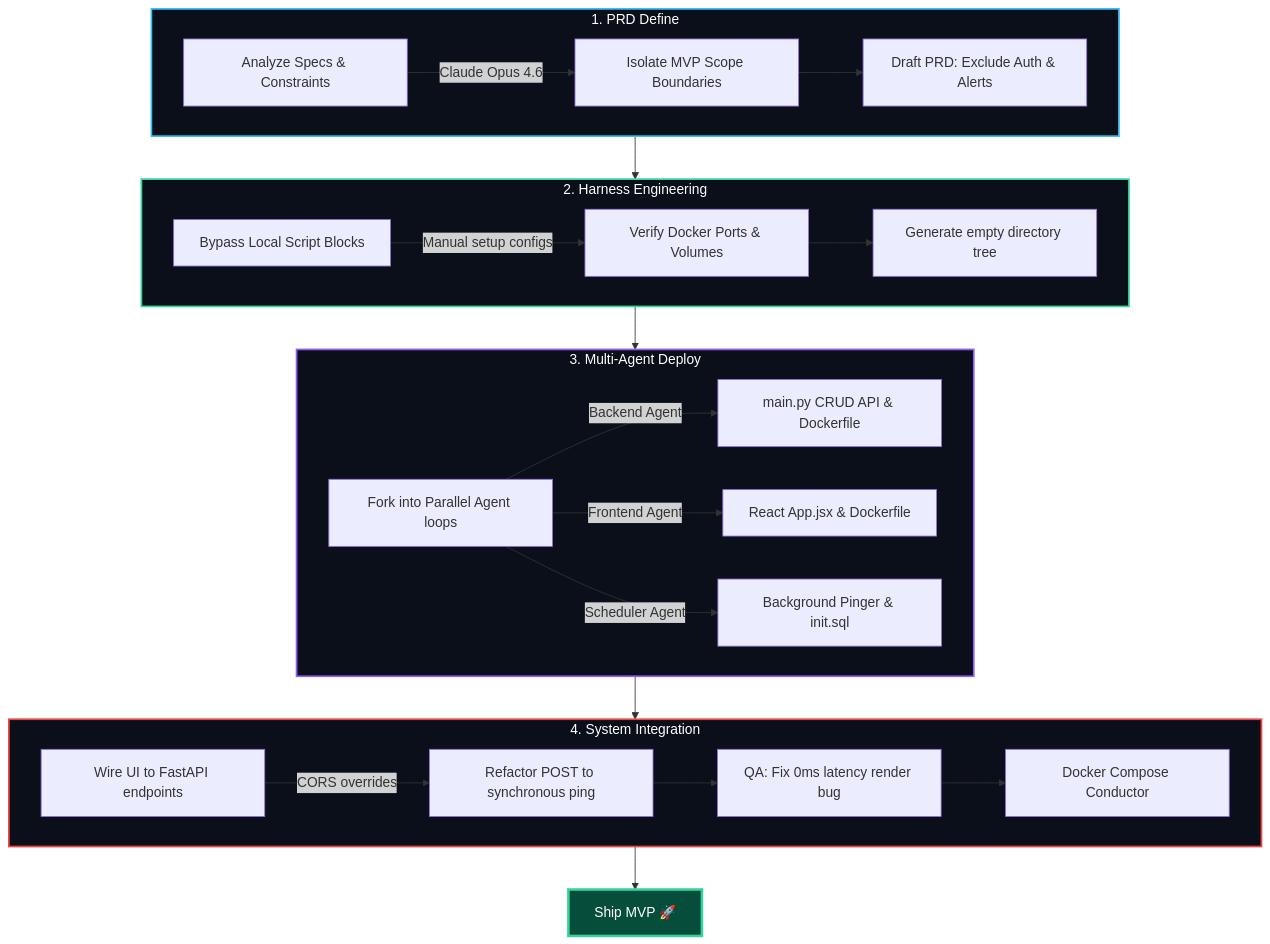
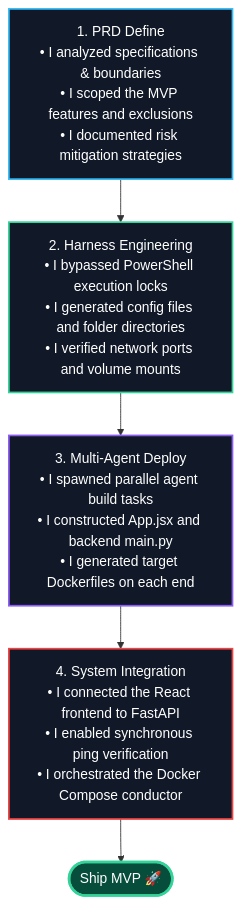
The third of 4 diagrams in README.md (Nishchalpr4/UpTime-Moniter), drawn with Mermaid before and after one commit. The commit also changed other lines of this file, not shown here.

Commit message:
docs: refactor Agentic Lifecycle flowchart into a simplified vertical block diagram

````diff
--- a/README.md
+++ b/README.md
@@ -108,32 +107,18 @@
 ```mermaid
 graph TD
-    subgraph Phase1 [1. PRD Define]
-        A[Analyze Specs & Constraints] -->|Claude Opus 4.6| B[Isolate MVP Scope Boundaries]
-        B --> C[Draft PRD: Exclude Auth & Alerts]
-    end
+    PRD[1. PRD Define<br>• I analyzed specifications & boundaries<br>• I scoped the MVP features and exclusions<br>• I documented risk mitigation strategies]
+    -->
+    Harness[2. Harness Engineering<br>• I bypassed PowerShell execution locks<br>• I generated config files and folder directories<br>• I verified network ports and volume mounts]
+    -->
+    Deploy[3. Multi-Agent Deploy<br>• I spawned parallel agent build tasks<br>• I constructed App.jsx and backend main.py<br>• I generated target Dockerfiles on each end]
+    -->
+    Integrate[4. System Integration<br>• I connected the React frontend to FastAPI<br>• I enabled synchronous ping verification<br>• I orchestrated the Docker Compose conductor]
+    -->
+    Ship([Ship MVP 🚀])
 
-    subgraph Phase2 [2. Harness Engineering]
-        D[Bypass Local Script Blocks] -->|Manual setup configs| E[Verify Docker Ports & Volumes]
-        E --> F[Generate empty directory tree]
-    end
-
-    subgraph Phase3 [3. Multi-Agent Deploy]
-        G[Fork into Parallel Agent loops] -->|Backend Agent| H[main.py CRUD API & Dockerfile]
-        G -->|Frontend Agent| I[React App.jsx & Dockerfile]
-        G -->|Scheduler Agent| J[Background Pinger & init.sql]
-    end
-
-    subgraph Phase4 [4. System Integration]
-        K[Wire UI to FastAPI endpoints] -->|CORS overrides| L[Refactor POST to synchronous ping]
-        L --> M[QA: Fix 0ms latency render bug]
-        M --> N[Docker Compose Conductor]
-    end
-
-    Phase1 --> Phase2 --> Phase3 --> Phase4 --> Ship[Ship MVP 🚀]
-
-    style Phase1 fill:#0b0f19,stroke:#38bdf8,stroke-width:2px,color:#fff
-    style Phase2 fill:#0b0f19,stroke:#34d399,stroke-width:2px,color:#fff
-    style Phase3 fill:#0b0f19,stroke:#8b5cf6,stroke-width:2px,color:#fff
-    style Phase4 fill:#0b0f19,stroke:#ef4444,stroke-width:2px,color:#fff
+    style PRD fill:#111827,stroke:#38bdf8,stroke-width:2px,color:#fff
+    style Harness fill:#111827,stroke:#34d399,stroke-width:2px,color:#fff
+    style Deploy fill:#111827,stroke:#8b5cf6,stroke-width:2px,color:#fff
+    style Integrate fill:#111827,stroke:#ef4444,stroke-width:2px,color:#fff
     style Ship fill:#064e3b,stroke:#34d399,stroke-width:3px,color:#fff
 ```
````
